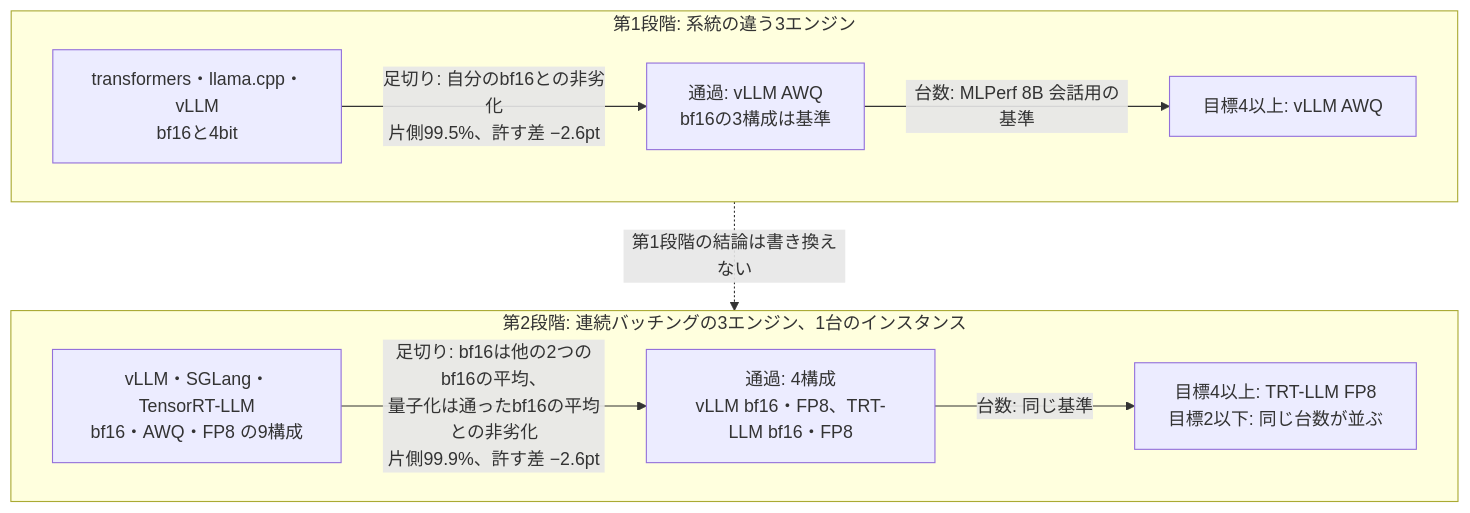
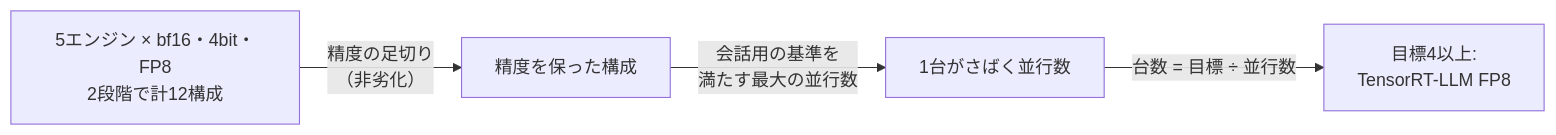
The diagram in README.md (yuya0408/toolcall-serving-bench), drawn with Mermaid before and after one commit. The commit also changed other lines of this file and 1 other file, not shown here.

````diff
--- a/README.md
+++ b/README.md
@@ -11,14 +10,6 @@
 ```mermaid
-flowchart TB
-    subgraph S1["第1段階: 系統の違う3エンジン"]
-        direction LR
-        A1["transformers・llama.cpp・vLLM<br/>bf16と4bit"] -->|"足切り: 自分のbf16との非劣化<br/>片側99.5%、許す差 −2.6pt"| B1["通過: vLLM AWQ<br/>bf16の3構成は基準"]
-        B1 -->|"台数: MLPerf 8B 会話用の基準"| C1["目標4以上: vLLM AWQ"]
-    end
-    subgraph S2["第2段階: 連続バッチングの3エンジン、1台のインスタンス"]
-        direction LR
-        A2["vLLM・SGLang・TensorRT-LLM<br/>bf16・AWQ・FP8 の9構成"] -->|"足切り: bf16は他の2つのbf16の平均、<br/>量子化は通ったbf16の平均との非劣化<br/>片側99.9%、許す差 −2.6pt"| B2["通過: 4構成<br/>vLLM bf16・FP8、TRT-LLM bf16・FP8"]
-        B2 -->|"台数: 同じ基準"| C2["目標4以上: TRT-LLM FP8<br/>目標2以下: 同じ台数が並ぶ"]
-    end
-    S1 -.->|"第1段階の結論は書き換えない"| S2
+flowchart LR
+    A["5エンジン × bf16・4bit・FP8<br/>2段階で計12構成"] -->|"精度の足切り<br/>（非劣化）"| B["精度を保った構成"]
+    B -->|"会話用の基準を<br/>満たす最大の並行数"| C["1台がさばく並行数"]
+    C -->|"台数 = 目標 ÷ 並行数"| D["目標4以上:<br/>TensorRT-LLM FP8"]
 ```
````
